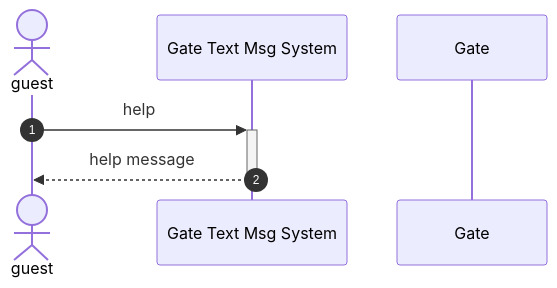
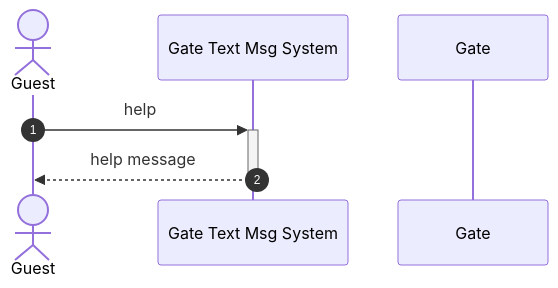
The first of 3 diagrams in userguide.md (briansmichael/wpgate), drawn with Mermaid before and after one commit. The commit also changed other lines of this file, not shown here.

````diff
--- a/userguide.md
+++ b/userguide.md
@@ -16,10 +16,10 @@
 ```mermaid
 sequenceDiagram
     autoNumber
-    actor guest as guest
+    actor guest as Guest
     participant rpi as Gate Text Msg System
     participant gate as Gate
 
     guest->>+rpi: help
     rpi-->>-guest: help message
 ```
````
